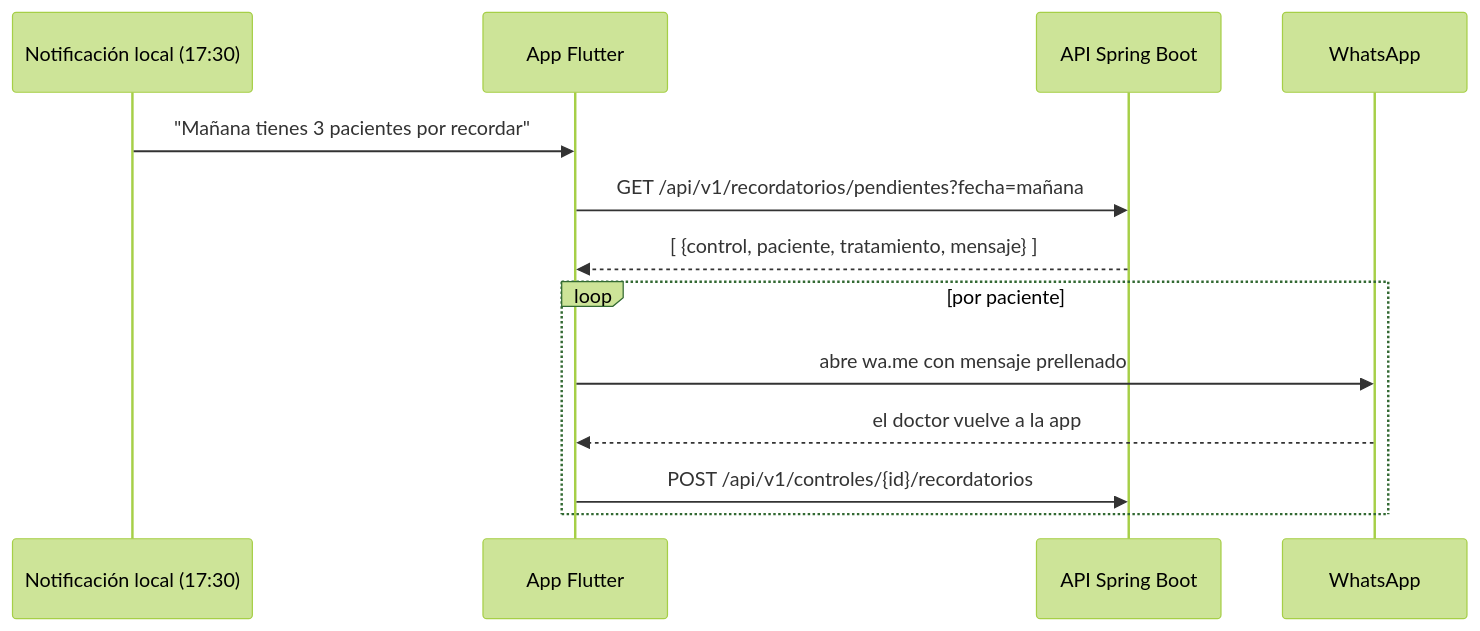
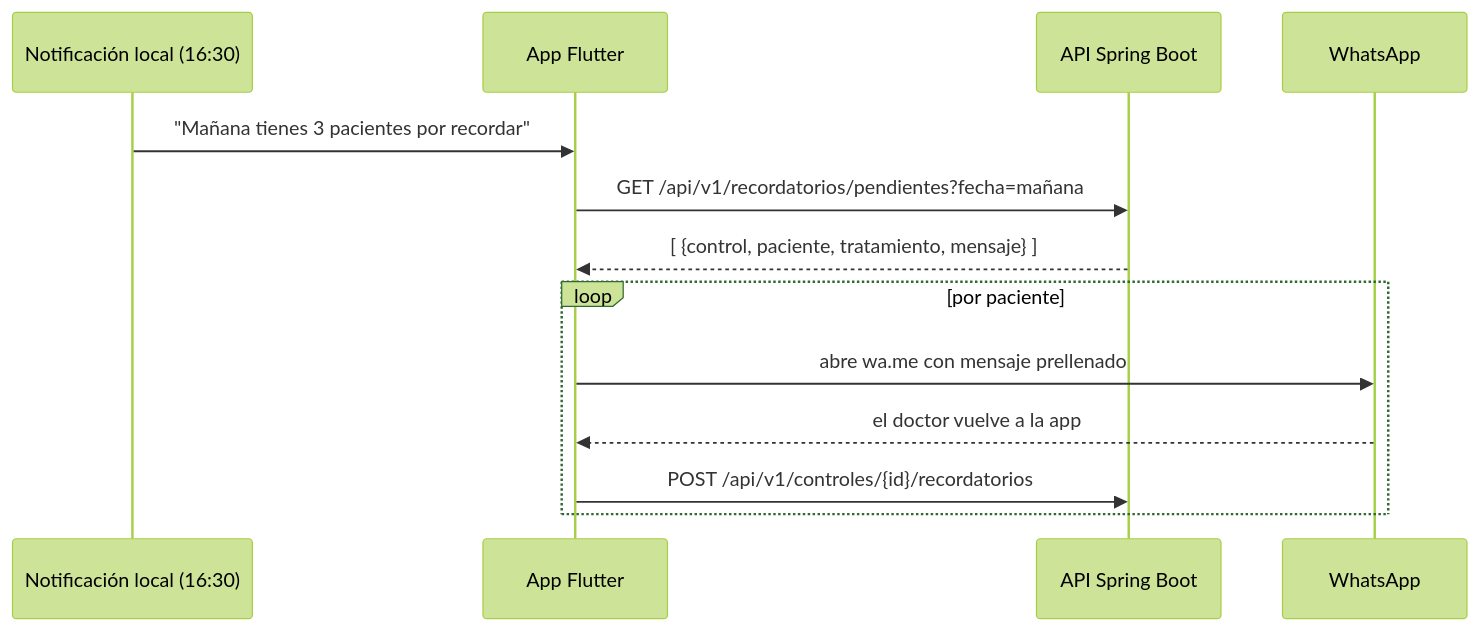
The second of 2 diagrams in docs/planificacion/04-arquitectura.md (Renzoft/gerenz-dent), drawn with Mermaid (forest theme) before and after one commit. The commit also changed other lines of this file and 24 other files, not shown here.

````diff
--- a/docs/planificacion/04-arquitectura.md
+++ b/docs/planificacion/04-arquitectura.md
@@ -32,15 +32,15 @@
 ```mermaid
 sequenceDiagram
-    participant N as Notificación local (17:30)
+    participant N as Notificación local (16:30)
     participant A as App Flutter
     participant S as API Spring Boot
     participant W as WhatsApp
     N->>A: "Mañana tienes 3 pacientes por recordar"
     A->>S: GET /api/v1/recordatorios/pendientes?fecha=mañana
     S-->>A: [ {control, paciente, tratamiento, mensaje} ]
     loop por paciente
         A->>W: abre wa.me con mensaje prellenado
         W-->>A: el doctor vuelve a la app
         A->>S: POST /api/v1/controles/{id}/recordatorios
     end
 ```
````
